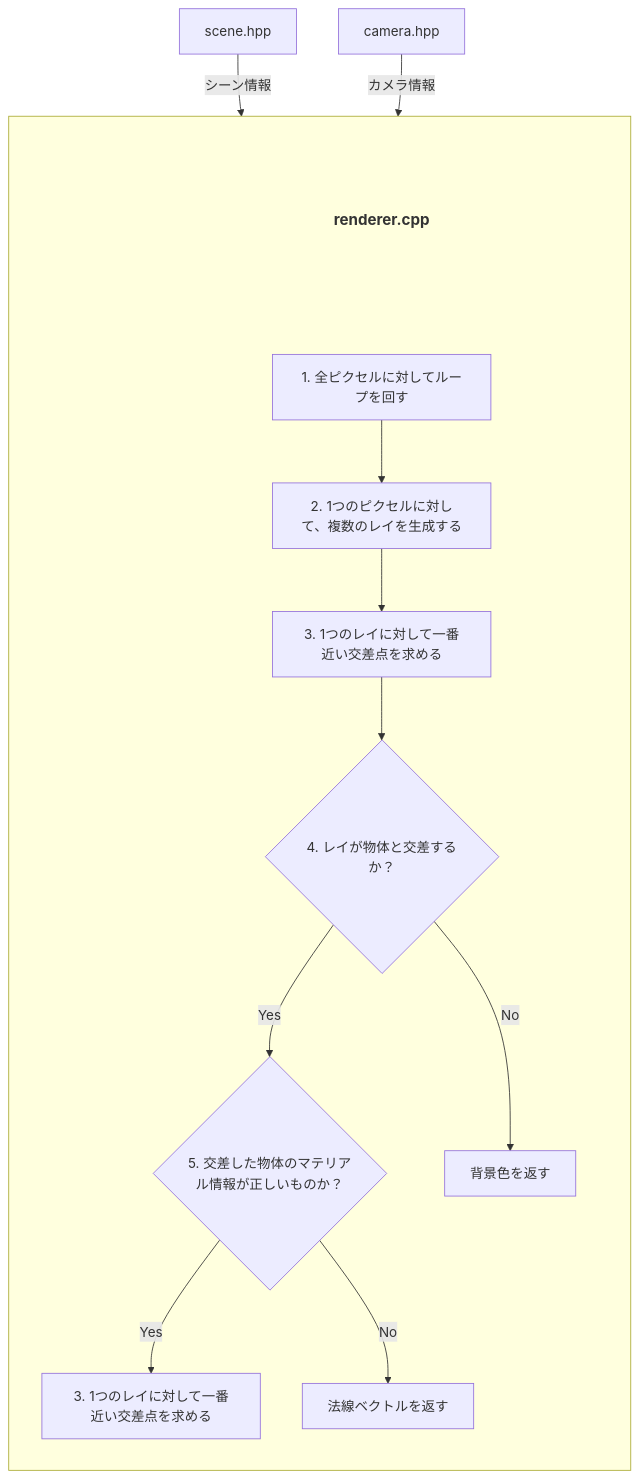
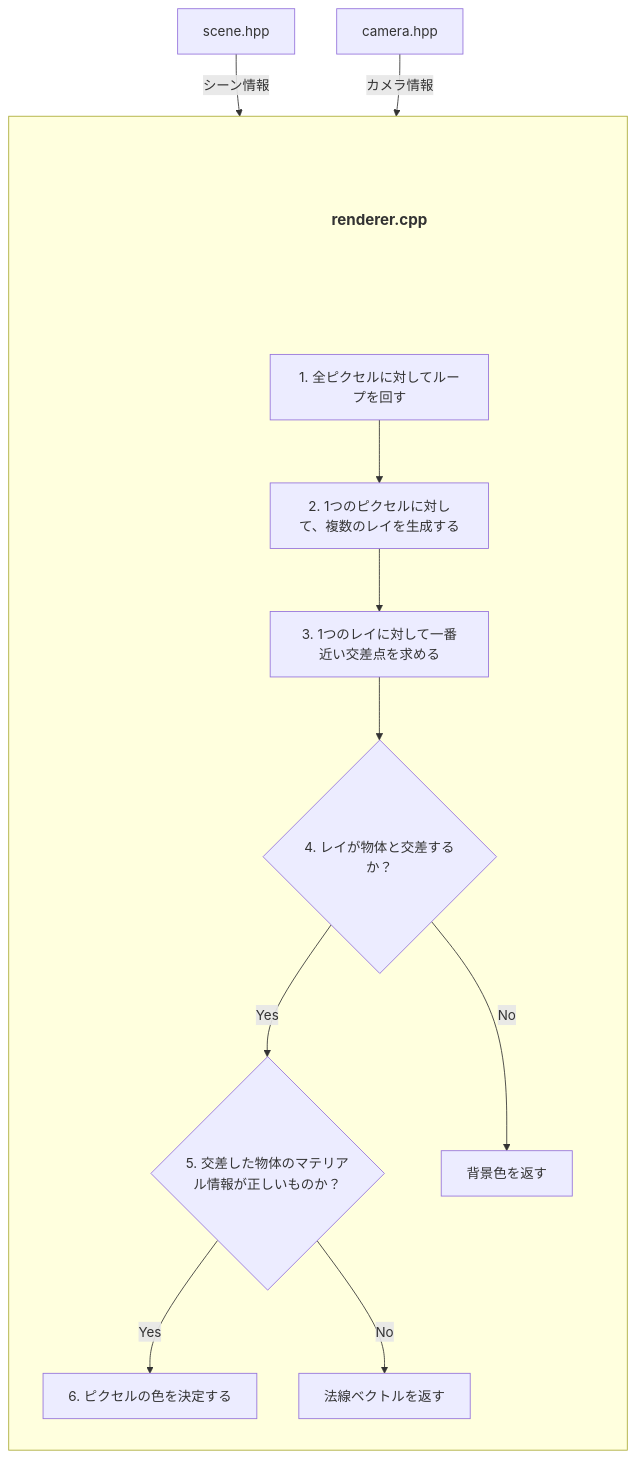
One commit to koretty/raytracing-engine changed the second of 2 diagrams in docs/architecture.md. Above: the diagram before and after it, drawn with Mermaid.

````diff
--- a/docs/architecture.md
+++ b/docs/architecture.md
@@ -43,35 +43,35 @@
 ```mermaid
 graph TD
     Scene["scene.hpp"]
     Camera["camera.hpp"]
 
     subgraph MainContainer [" "]
         direction TB
 
         Title{"renderer.cpp"}
         style Title fill:none,stroke:none,font-size:18px,font-weight:bold
         
         Step1["1. 全ピクセルに対してループを回す"]
         Step2["2. 1つのピクセルに対して、複数のレイを生成する"]
         Step3["3. 1つのレイに対して一番近い交差点を求める"]
         Step4{"4. レイが物体と交差するか？"}
         Step5{"5. 交差した物体のマテリアル情報が正しいものか？"}
-        Step6["3. 1つのレイに対して一番近い交差点を求める"]
+        Step6["6. ピクセルの色を決定する"]
         Background["背景色を返す"]
         Normal["法線ベクトルを返す"]
 
         Title ~~~ Step1
         Step1 --> Step2 --> Step3 --> Step4
         
         Step4 -- Yes --> Step5
         Step4 -- No --> Background
 
         Step5 -- Yes --> Step6 
         Step5 -- No --> Normal
     end
 
     Scene -->|シーン情報| Step1
     Camera -->|カメラ情報| Step1
     
 
 ```
````
